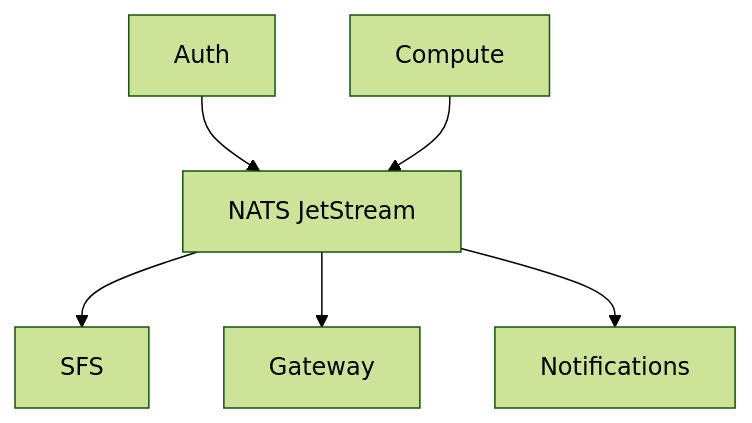
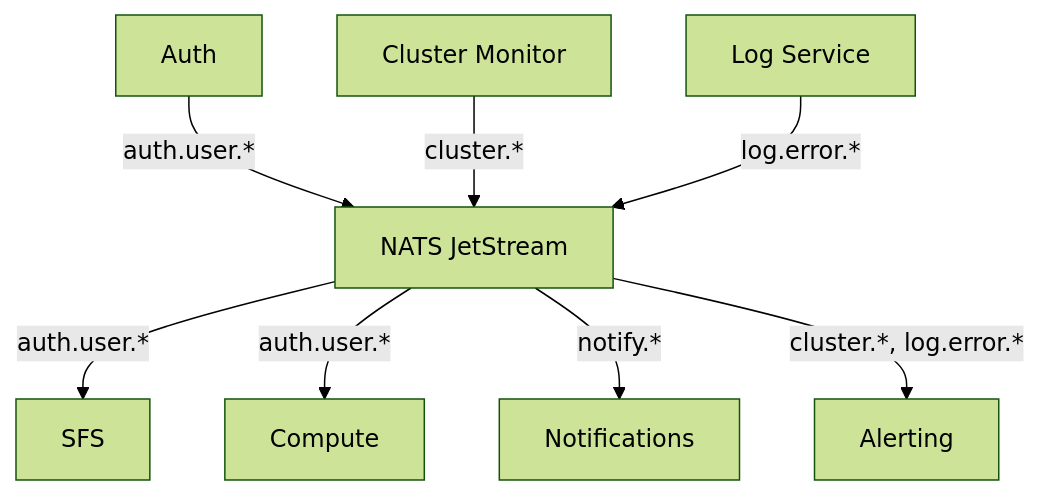
Before and after one commit to EddisonSo/cloud: the diagram in edd-cloud-docs/docs/infrastructure/nats.md, drawn with Mermaid (forest theme). The commit also changed other lines of this file and 8 other files, not shown here.

````diff
--- a/edd-cloud-docs/docs/infrastructure/nats.md
+++ b/edd-cloud-docs/docs/infrastructure/nats.md
@@ -18,9 +18,11 @@
 ```mermaid
 flowchart TB
-    Auth[Auth] --> NATS[NATS JetStream]
-    Compute[Compute] --> NATS
+    Auth[Auth] -->|auth.user.*| NATS[NATS JetStream]
+    ClusterMon[Cluster Monitor] -->|cluster.*| NATS
+    LogSvc[Log Service] -->|log.error.*| NATS
 
-    NATS --> SFS[SFS]
-    NATS --> Gateway[Gateway]
-    NATS --> Notif[Notifications]
+    NATS -->|auth.user.*| SFS[SFS]
+    NATS -->|auth.user.*| Compute[Compute]
+    NATS -->|notify.*| Notif[Notifications]
+    NATS -->|cluster.*, log.error.*| Alerting[Alerting]
 ```
````
